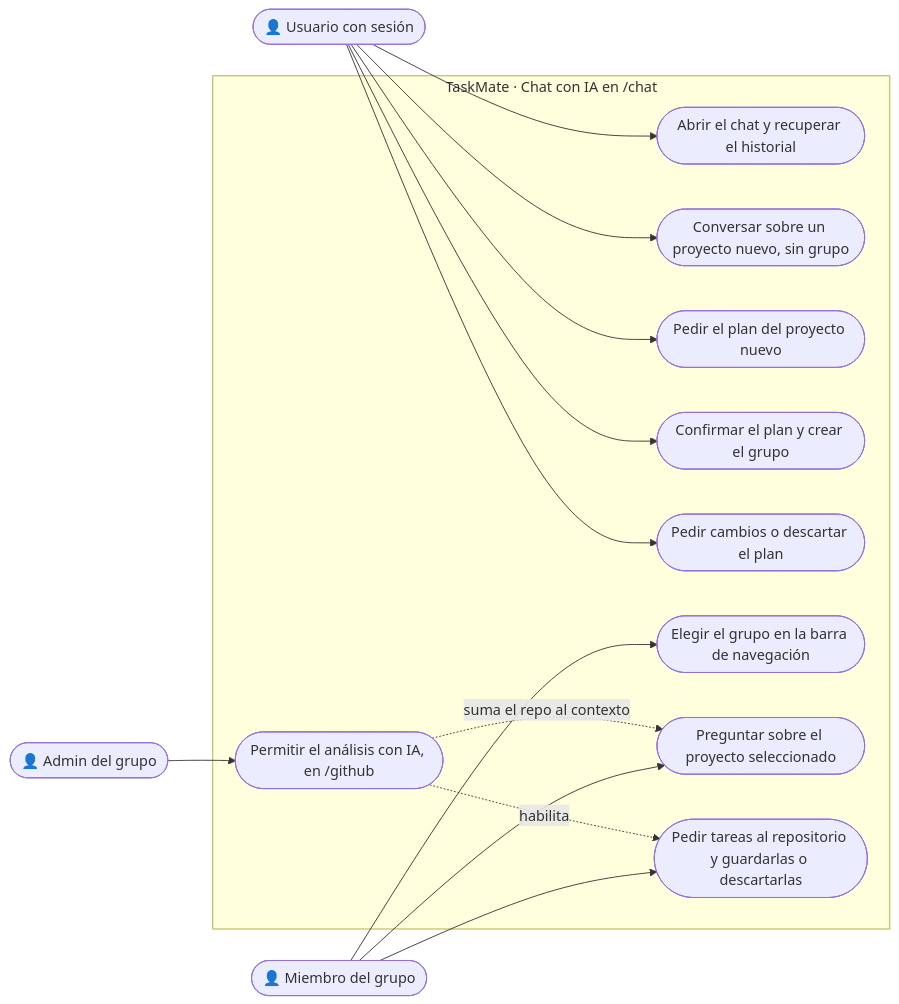
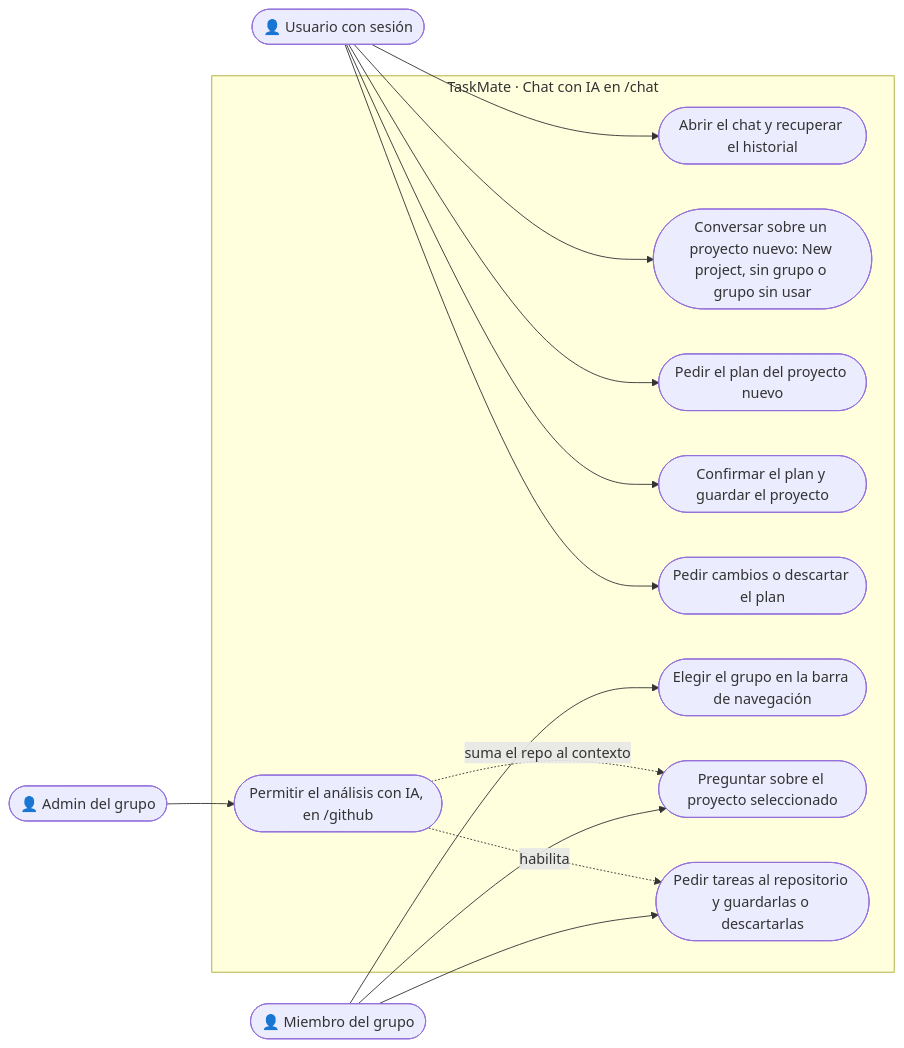
Before and after one commit to PabloP150/proyecto-is-cc6: the diagram in documentacion/04-casos-de-uso/05-chat-ia.md, drawn with Mermaid. The commit also changed other lines of this file and 40 other files, not shown here.

````diff
--- a/documentacion/04-casos-de-uso/05-chat-ia.md
+++ b/documentacion/04-casos-de-uso/05-chat-ia.md
@@ -5,30 +5,30 @@
 ```mermaid
 flowchart LR
     U(["👤 Usuario con sesión"])
     M(["👤 Miembro del grupo"])
     A(["👤 Admin del grupo"])
 
     subgraph SYS["TaskMate · Chat con IA en /chat"]
         uc1(["Abrir el chat y recuperar el historial"])
-        uc2(["Conversar sobre un proyecto nuevo, sin grupo"])
+        uc2(["Conversar sobre un proyecto nuevo: New project, sin grupo o grupo sin usar"])
         uc3(["Pedir el plan del proyecto nuevo"])
-        uc4(["Confirmar el plan y crear el grupo"])
+        uc4(["Confirmar el plan y guardar el proyecto"])
         uc5(["Pedir cambios o descartar el plan"])
         uc6(["Elegir el grupo en la barra de navegación"])
         uc9(["Preguntar sobre el proyecto seleccionado"])
         uc7(["Pedir tareas al repositorio y guardarlas o descartarlas"])
         uc8(["Permitir el análisis con IA, en /github"])
     end
 
     U --> uc1
     U --> uc2
     U --> uc3
     U --> uc4
     U --> uc5
     M --> uc6
     M --> uc9
     M --> uc7
     A --> uc8
     uc8 -.->|"habilita"| uc7
     uc8 -.->|"suma el repo al contexto"| uc9
 ```
````
